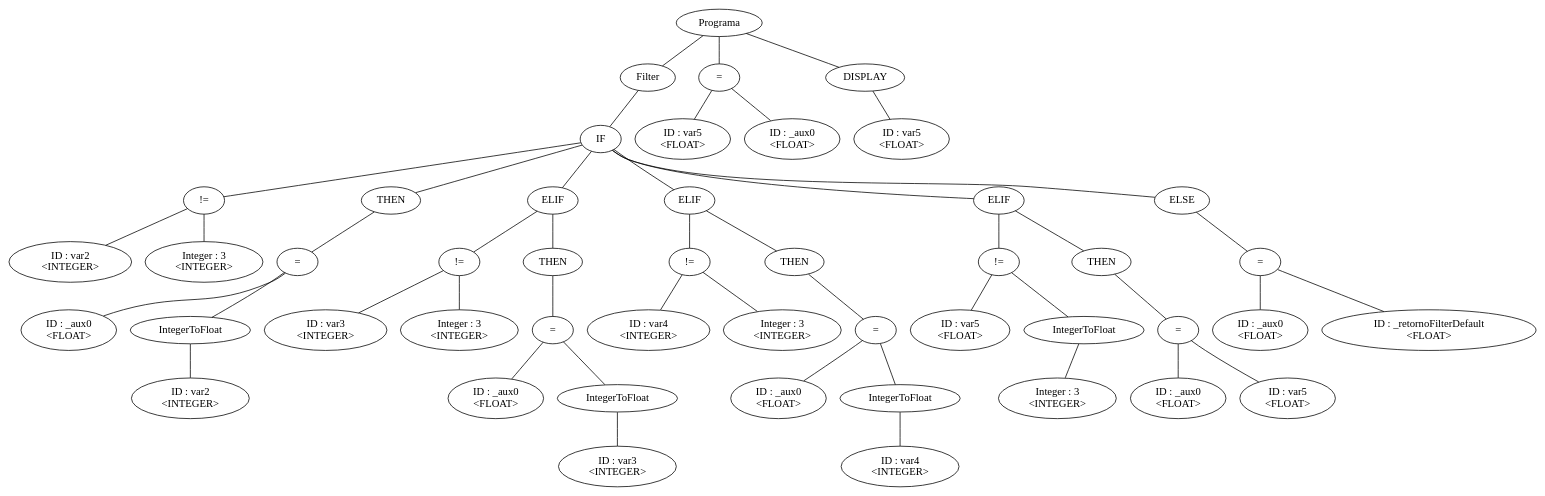
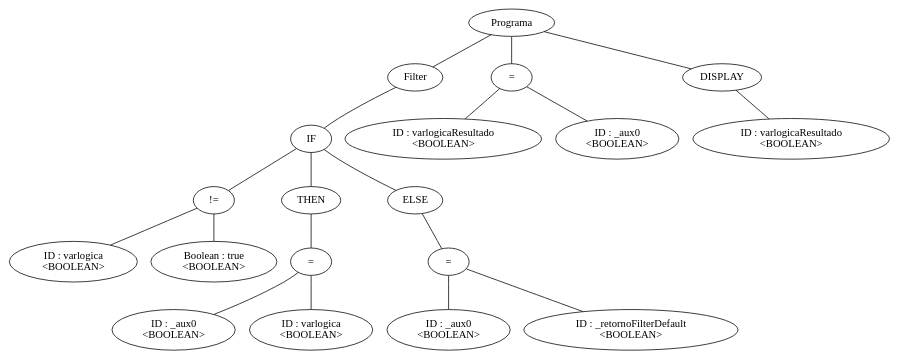
The diagram in arbol.dot (leandroprios/compilador), drawn with Graphviz before and after one commit. The commit also changed 23 other files, not shown here.

```diff
--- a/arbol.dot
+++ b/arbol.dot
@@ -1,98 +1,39 @@
-graph G {nodo_149683597[label="Programa"]
-nodo_68772363[label="Filter"]
-nodo_149683597--nodo_68772363
-nodo_2141097718[label="IF"]
-nodo_68772363--nodo_2141097718
-nodo_1482220186[label="!="]
-nodo_2141097718--nodo_1482220186
-nodo_252210057[label="ID : var2 
- <INTEGER>"]
-nodo_1482220186--nodo_252210057
-nodo_1078872409[label="Integer : 3\n<INTEGER>"]
-nodo_1482220186--nodo_1078872409
-nodo_1261209240[label="="]
-nodo_911195092--nodo_1261209240
-nodo_1417670997[label="ID : _aux0\n<FLOAT>"]
-nodo_1261209240--nodo_1417670997
-nodo_417827952[label="IntegerToFloat"]
-nodo_1261209240--nodo_417827952
-nodo_709958324[label="ID : var2\n<INTEGER>"]
-nodo_417827952--nodo_709958324
-nodo_2141097718--nodo_911195092
-nodo_911195092[label="THEN"]
-nodo_90587424[label="ELIF"]
-nodo_2141097718--nodo_90587424
-nodo_775482752[label="!="]
-nodo_90587424--nodo_775482752
-nodo_169373755[label="ID : var3 
- <INTEGER>"]
-nodo_775482752--nodo_169373755
-nodo_675172214[label="Integer : 3\n<INTEGER>"]
-nodo_775482752--nodo_675172214
-nodo_90587424--nodo_535871748
-nodo_535871748[label="THEN"]
-nodo_526808080[label="="]
-nodo_535871748--nodo_526808080
-nodo_1985732241[label="ID : _aux0\n<FLOAT>"]
-nodo_526808080--nodo_1985732241
-nodo_1057747401[label="IntegerToFloat"]
-nodo_526808080--nodo_1057747401
-nodo_1695829153[label="ID : var3\n<INTEGER>"]
-nodo_1057747401--nodo_1695829153
-nodo_1233023719[label="ELIF"]
-nodo_2141097718--nodo_1233023719
-nodo_1643745807[label="!="]
-nodo_1233023719--nodo_1643745807
-nodo_18657856[label="ID : var4 
- <INTEGER>"]
-nodo_1643745807--nodo_18657856
-nodo_1185585030[label="Integer : 3\n<INTEGER>"]
-nodo_1643745807--nodo_1185585030
-nodo_1233023719--nodo_849855124
-nodo_849855124[label="THEN"]
-nodo_2088320254[label="="]
-nodo_849855124--nodo_2088320254
-nodo_1362997396[label="ID : _aux0\n<FLOAT>"]
-nodo_2088320254--nodo_1362997396
-nodo_903317057[label="IntegerToFloat"]
-nodo_2088320254--nodo_903317057
-nodo_668152282[label="ID : var4\n<INTEGER>"]
-nodo_903317057--nodo_668152282
-nodo_318269202[label="ELIF"]
-nodo_2141097718--nodo_318269202
-nodo_788389065[label="!="]
-nodo_318269202--nodo_788389065
-nodo_663859929[label="ID : var5 
- <FLOAT>"]
-nodo_788389065--nodo_663859929
-nodo_1222848219[label="IntegerToFloat"]
-nodo_788389065--nodo_1222848219
-nodo_137930906[label="Integer : 3\n<INTEGER>"]
-nodo_1222848219--nodo_137930906
-nodo_318269202--nodo_253592515
-nodo_253592515[label="THEN"]
-nodo_571851838[label="="]
-nodo_253592515--nodo_571851838
-nodo_725543158[label="ID : _aux0\n<FLOAT>"]
-nodo_571851838--nodo_725543158
-nodo_2063240892[label="ID : var5\n<FLOAT>"]
-nodo_571851838--nodo_2063240892
-nodo_2141097718--nodo_821339684
-nodo_821339684[label="ELSE"]
-nodo_936084737[label="="]
-nodo_821339684--nodo_936084737
-nodo_1005814770[label="ID : _aux0\n<FLOAT>"]
-nodo_936084737--nodo_1005814770
-nodo_1733731618[label="ID : _retornoFilterDefault\n<FLOAT>"]
-nodo_936084737--nodo_1733731618
-nodo_1232558106[label="="]
-nodo_149683597--nodo_1232558106
-nodo_587153336[label="ID : var5\n<FLOAT>"]
-nodo_1232558106--nodo_587153336
-nodo_95732742[label="ID : _aux0\n<FLOAT>"]
-nodo_1232558106--nodo_95732742
-nodo_1469652519[label="DISPLAY"]
-nodo_149683597--nodo_1469652519
-nodo_618478406[label="ID : var5\n<FLOAT>"]
-nodo_1469652519--nodo_618478406
+graph G {nodo_973966548[label="Programa"]
+nodo_1135577805[label="Filter"]
+nodo_973966548--nodo_1135577805
+nodo_1556129942[label="IF"]
+nodo_1135577805--nodo_1556129942
+nodo_2084912489[label="!="]
+nodo_1556129942--nodo_2084912489
+nodo_720921881[label="ID : varlogica 
+ <BOOLEAN>"]
+nodo_2084912489--nodo_720921881
+nodo_364804969[label="Boolean : true\n<BOOLEAN>"]
+nodo_2084912489--nodo_364804969
+nodo_1290007888[label="="]
+nodo_594481717--nodo_1290007888
+nodo_429402064[label="ID : _aux0\n<BOOLEAN>"]
+nodo_1290007888--nodo_429402064
+nodo_1889618263[label="ID : varlogica\n<BOOLEAN>"]
+nodo_1290007888--nodo_1889618263
+nodo_1556129942--nodo_594481717
+nodo_594481717[label="THEN"]
+nodo_1556129942--nodo_935245419
+nodo_935245419[label="ELSE"]
+nodo_379719961[label="="]
+nodo_935245419--nodo_379719961
+nodo_1169698792[label="ID : _aux0\n<BOOLEAN>"]
+nodo_379719961--nodo_1169698792
+nodo_491136552[label="ID : _retornoFilterDefault\n<BOOLEAN>"]
+nodo_379719961--nodo_491136552
+nodo_1742159654[label="="]
+nodo_973966548--nodo_1742159654
+nodo_1643888668[label="ID : varlogicaResultado\n<BOOLEAN>"]
+nodo_1742159654--nodo_1643888668
+nodo_1706583204[label="ID : _aux0\n<BOOLEAN>"]
+nodo_1742159654--nodo_1706583204
+nodo_1239640413[label="DISPLAY"]
+nodo_973966548--nodo_1239640413
+nodo_387141960[label="ID : varlogicaResultado\n<BOOLEAN>"]
+nodo_1239640413--nodo_387141960
 }
```
